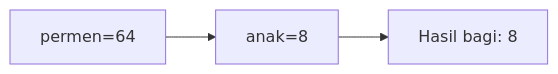
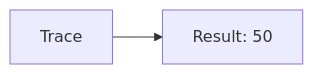
Before and after one commit to amnahwaida/OSNK_INF_PREP: the first of 25 diagrams in part-c-pemahaman-cpp/01-tipe-data/latihan/set-07.md, drawn with Mermaid. The commit also changed other lines of this file and 71 other files, not shown here.

````diff
--- a/part-c-pemahaman-cpp/01-tipe-data/latihan/set-07.md
+++ b/part-c-pemahaman-cpp/01-tipe-data/latihan/set-07.md
@@ -51,5 +22,4 @@
 ```mermaid
 graph LR
-A["permen=64"] --> B["anak=8"]
-B --> C["Hasil bagi: 8"]
+A[Trace] --> B[Result: 50]
 ```
````
